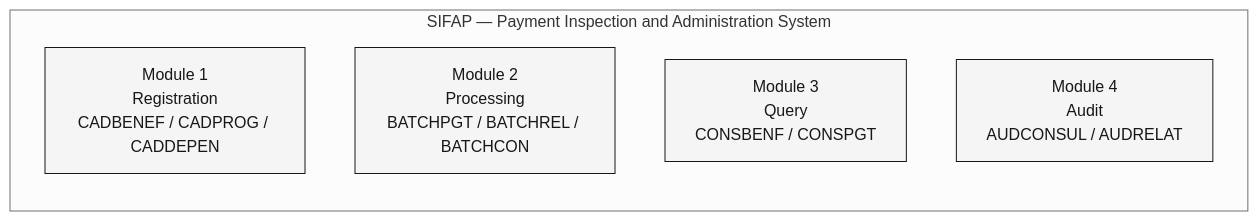
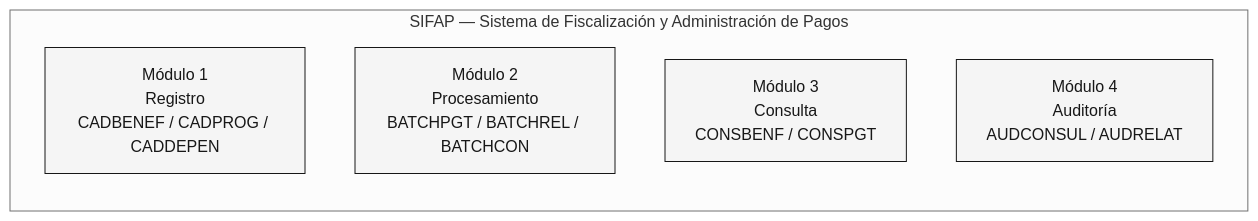
The first of 6 diagrams in 01-archaeology/legacy-sifap/legacy-docs/ORIGINAL-ARCHITECTURE-1997.md (paulasilvatech/datacorp-sifap-team-kit-pt-br), drawn with Mermaid before and after one commit. The commit also changed other lines of this file and 386 other files, not shown here.

````diff
--- a/01-archaeology/legacy-sifap/legacy-docs/ORIGINAL-ARCHITECTURE-1997.md
+++ b/01-archaeology/legacy-sifap/legacy-docs/ORIGINAL-ARCHITECTURE-1997.md
@@ -99,13 +99,13 @@
 ```mermaid
 %%{init: {'theme':'neutral','themeVariables':{'fontFamily':'ui-sans-serif, system-ui, sans-serif','primaryColor':'#F5F5F5','primaryTextColor':'#171717','primaryBorderColor':'#171717','lineColor':'#525252','secondaryColor':'#FFFFFF','tertiaryColor':'#FAFAFA','background':'#FFFFFF'}}}%%
 flowchart LR
     classDef step fill:#F5F5F5,stroke:#171717,color:#171717
     classDef muted fill:#FAFAFA,stroke:#A3A3A3,color:#404040
 
-    subgraph SIFAP["SIFAP — Payment Inspection and Administration System"]
-        M1["Module 1<br/>Registration<br/>CADBENEF / CADPROG / CADDEPEN"]:::step
-        M2["Module 2<br/>Processing<br/>BATCHPGT / BATCHREL / BATCHCON"]:::step
-        M3["Module 3<br/>Query<br/>CONSBENF / CONSPGT"]:::step
-        M4["Module 4<br/>Audit<br/>AUDCONSUL / AUDRELAT"]:::step
+    subgraph SIFAP["SIFAP — Sistema de Fiscalización y Administración de Pagos"]
+        M1["Módulo 1<br/>Registro<br/>CADBENEF / CADPROG / CADDEPEN"]:::step
+        M2["Módulo 2<br/>Procesamiento<br/>BATCHPGT / BATCHREL / BATCHCON"]:::step
+        M3["Módulo 3<br/>Consulta<br/>CONSBENF / CONSPGT"]:::step
+        M4["Módulo 4<br/>Auditoría<br/>AUDCONSUL / AUDRELAT"]:::step
     end
 ```
````
